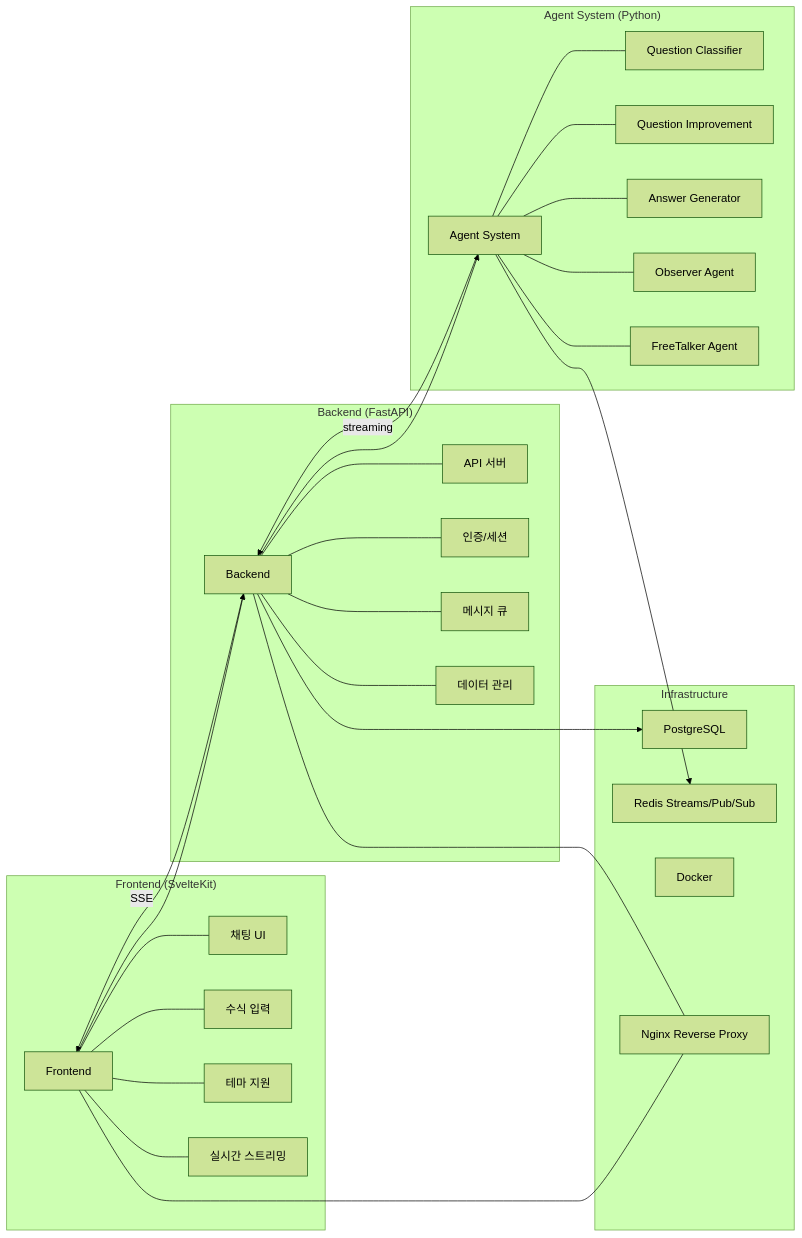
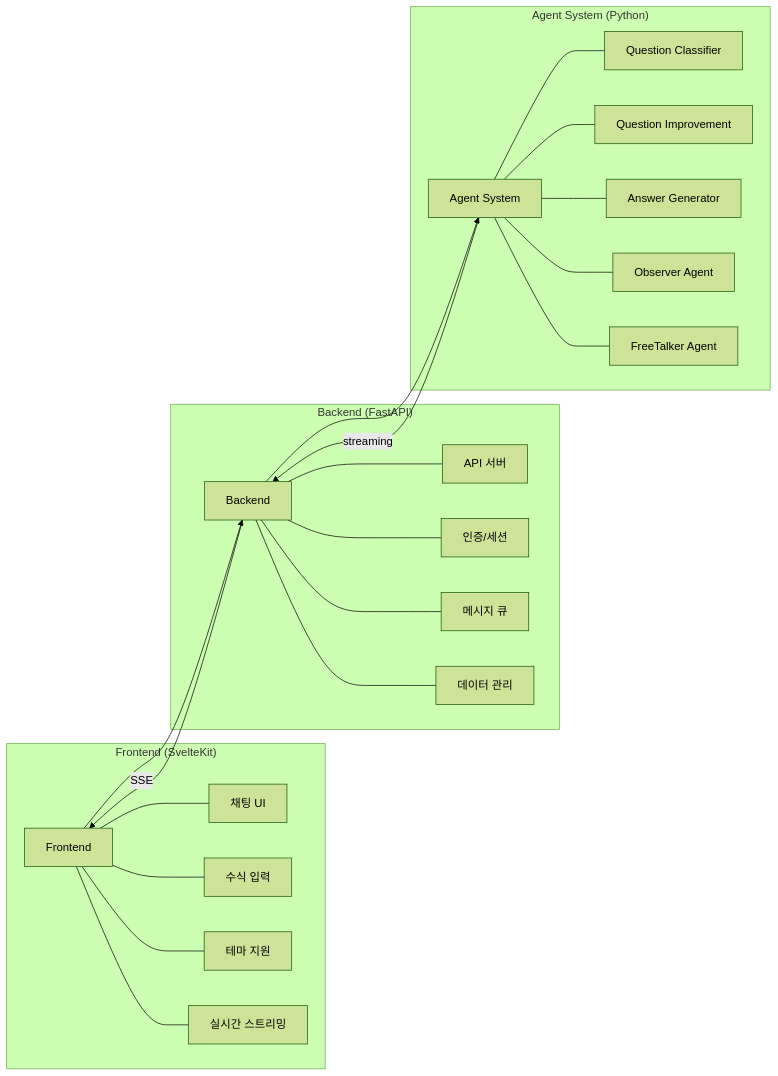
The first of 2 diagrams in docs/chapters/03-system-design.md (KimKyuBong/maice-paper-deploy), drawn with Mermaid (forest theme) before and after one commit.

Commit message:
docs(3장): 구조 다이어그램에서 Infrastructure 섹션 및 관련 링크 제거

````diff
--- a/docs/chapters/03-system-design.md
+++ b/docs/chapters/03-system-design.md
@@ -32,59 +32,47 @@
 ```mermaid
 flowchart LR
   %% Define subgraphs and hub nodes
   subgraph FE["Frontend (SvelteKit)"]
     feHub[Frontend]
     fe1[채팅 UI]
     fe2[수식 입력]
     fe3[테마 지원]
     fe4[실시간 스트리밍]
     feHub --- fe1
     feHub --- fe2
     feHub --- fe3
     feHub --- fe4
   end
 
   subgraph BE["Backend (FastAPI)"]
     beHub[Backend]
     be1[API 서버]
     be2[인증/세션]
     be3[메시지 큐]
     be4[데이터 관리]
     beHub --- be1
     beHub --- be2
     beHub --- be3
     beHub --- be4
   end
 
   subgraph AG["Agent System (Python)"]
     agHub[Agent System]
     ag1[Question Classifier]
     ag2[Question Improvement]
     ag3[Answer Generator]
     ag4[Observer Agent]
     ag5[FreeTalker Agent]
     agHub --- ag1
     agHub --- ag2
     agHub --- ag3
     agHub --- ag4
     agHub --- ag5
   end
 
-  %% Infrastructure
-  subgraph INF["Infrastructure"]
-    db[PostgreSQL]
-    redis[Redis Streams/Pub/Sub]
-    docker[Docker]
-    nginx[Nginx Reverse Proxy]
-  end
-
   %% Interactions
   feHub --> beHub
   beHub --> agHub
-  beHub --> db
-  agHub --> redis
-  feHub --- nginx
-  beHub --- nginx
   agHub -->|streaming| beHub
   beHub -->|SSE| feHub
 ```
````
